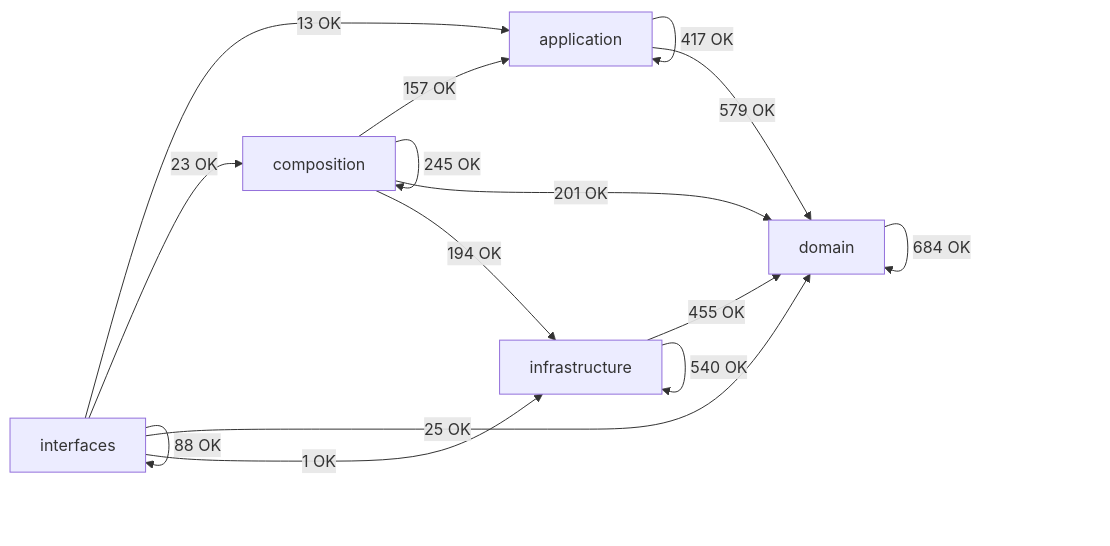
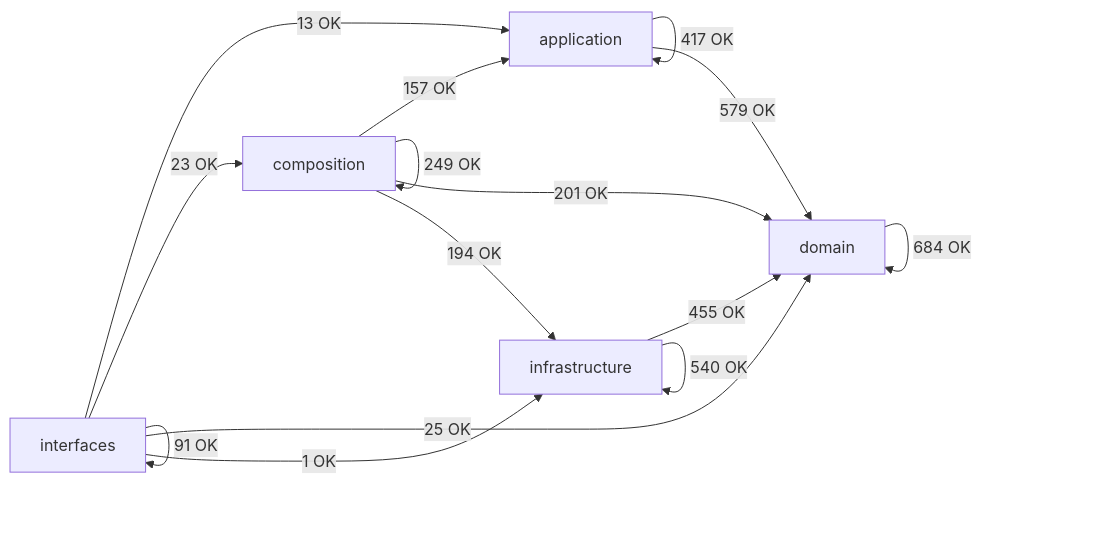
Before and after one commit to SatoryKono/BioactivityDataAcquisition: the diagram in docs/02-architecture/generated/module-dependency-map.md, drawn with Mermaid. The commit also changed other lines of this file and 14 other files, not shown here.

````diff
--- a/docs/02-architecture/generated/module-dependency-map.md
+++ b/docs/02-architecture/generated/module-dependency-map.md
@@ -16,22 +16,22 @@
 ```mermaid
 flowchart LR
     domain[domain]
     application[application]
     infrastructure[infrastructure]
     composition[composition]
     interfaces[interfaces]
     application -->|417 OK| application
     application -->|579 OK| domain
     composition -->|157 OK| application
-    composition -->|245 OK| composition
+    composition -->|249 OK| composition
     composition -->|201 OK| domain
     composition -->|194 OK| infrastructure
     domain -->|684 OK| domain
     infrastructure -->|455 OK| domain
     infrastructure -->|540 OK| infrastructure
     interfaces -->|13 OK| application
     interfaces -->|23 OK| composition
     interfaces -->|25 OK| domain
     interfaces -->|1 OK| infrastructure
-    interfaces -->|88 OK| interfaces
+    interfaces -->|91 OK| interfaces
 ```
````
